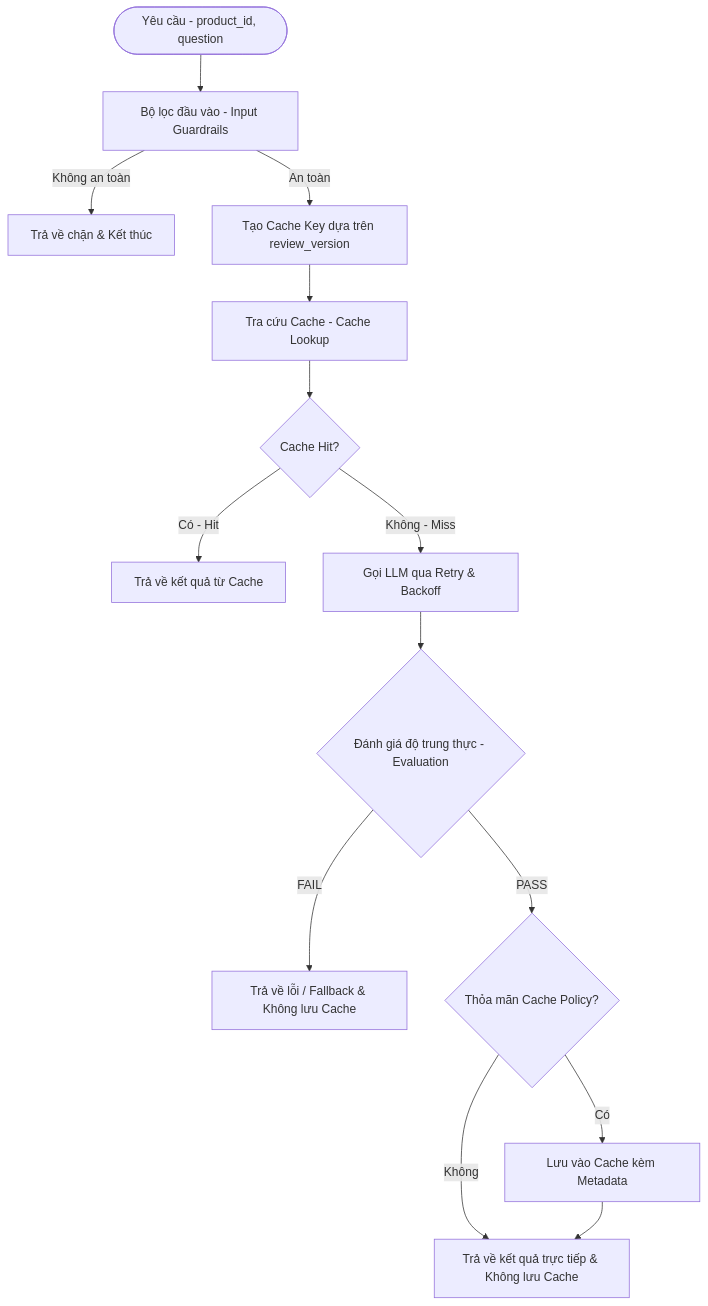
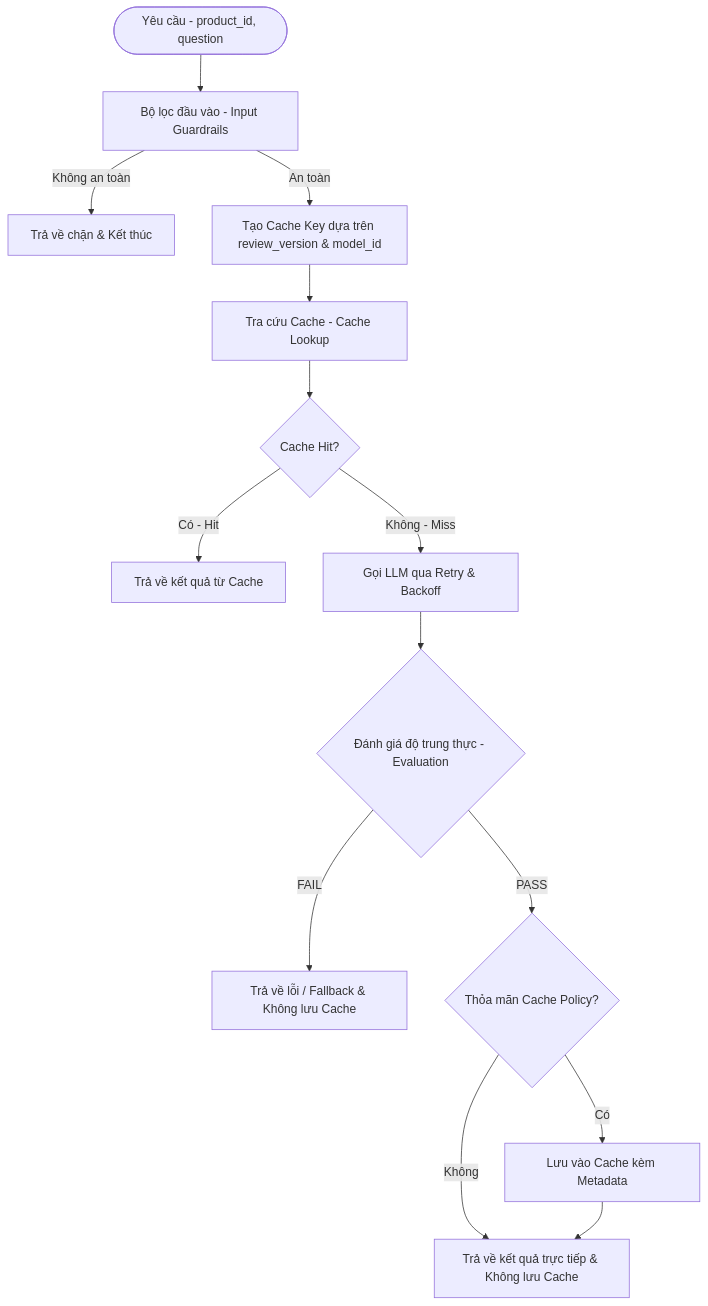
One commit to DangThao195/AIO02_TF3_Phase3 changed the diagram in AIE1/docs/analysis/LLM_CACHING_DESIGN.md. Above: the diagram before and after it, drawn with Mermaid. The commit also changed other lines of this file and 2 other files, not shown here.

````diff
--- a/AIE1/docs/analysis/LLM_CACHING_DESIGN.md
+++ b/AIE1/docs/analysis/LLM_CACHING_DESIGN.md
@@ -85,21 +86,21 @@
 ```mermaid
 flowchart TD
     Req(["Yêu cầu - product_id, question"]) --> InputGuard["Bộ lọc đầu vào - Input Guardrails"]
     InputGuard -->|Không an toàn| Block["Trả về chặn & Kết thúc"]
-    InputGuard -->|An toàn| KeyGen["Tạo Cache Key dựa trên review_version"]
+    InputGuard -->|An toàn| KeyGen["Tạo Cache Key dựa trên review_version & model_id"]
     
     KeyGen --> CacheLookup["Tra cứu Cache - Cache Lookup"]
     CacheLookup --> Hit{Cache Hit?}
     
     Hit -->|Có - Hit| RetCache["Trả về kết quả từ Cache"]
     
     Hit -->|Không - Miss| LLMCall["Gọi LLM qua Retry & Backoff"]
     LLMCall --> Eval{"Đánh giá độ trung thực - Evaluation"}
     
     Eval -->|FAIL| Fallback["Trả về lỗi / Fallback & Không lưu Cache"]
     Eval -->|PASS| PolicyCheck{"Thỏa mãn Cache Policy?"}
     
     PolicyCheck -->|Không| RetLLM["Trả về kết quả trực tiếp & Không lưu Cache"]
     PolicyCheck -->|Có| SaveCache["Lưu vào Cache kèm Metadata"]
     SaveCache --> RetLLM
 ```
````
